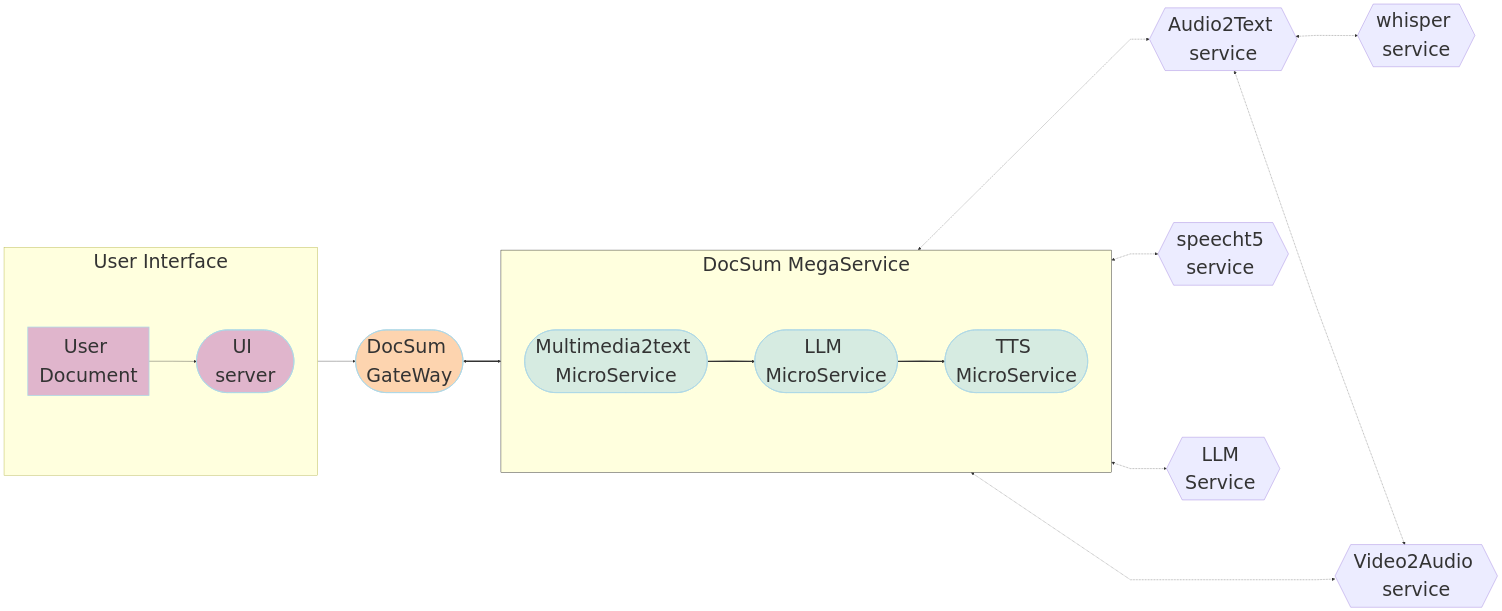
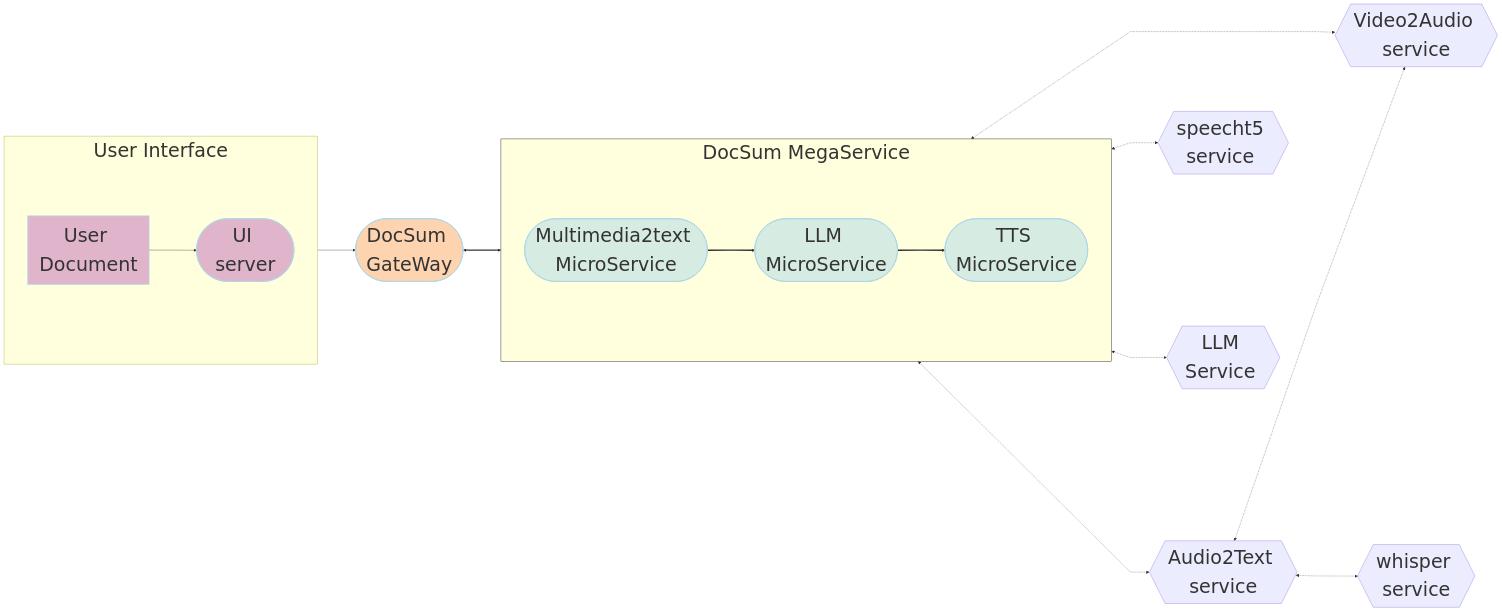
Before and after one commit to opea-project/GenAIExamples: the second of 2 diagrams in DocSum/README.md, drawn with Mermaid. The commit also changed other lines of this file, not shown here.

````diff
--- a/DocSum/README.md
+++ b/DocSum/README.md
@@ -129,57 +129,57 @@
 ```mermaid
 ---
 config:
   flowchart:
     nodeSpacing: 400
     rankSpacing: 100
     curve: linear
   themeVariables:
     fontSize: 50px
 ---
 flowchart LR
     %% Colors %%
     classDef blue fill:#ADD8E6,stroke:#ADD8E6,stroke-width:2px,fill-opacity:0.5
     classDef orange fill:#FBAA60,stroke:#ADD8E6,stroke-width:2px,fill-opacity:0.5
     classDef orchid fill:#C26DBC,stroke:#ADD8E6,stroke-width:2px,fill-opacity:0.5
     classDef invisible fill:transparent,stroke:transparent;
     style DocSum-MegaService stroke:#000000
 
     %% Subgraphs %%
     subgraph DocSum-MegaService["DocSum MegaService "]
         direction LR
         ASR([Multimedia2text MicroService]):::blue
         LLM([LLM MicroService]):::blue
         TTS([TTS MicroService]):::blue
     end
     subgraph UserInterface[" User Interface "]
         direction LR
         a([User Input Query]):::orchid
         UI([UI server<br>]):::orchid
     end
 
 
     A2T_SRV{{Audio2Text service<br>}}
     V2A_SRV{{Video2Audio service<br>}}
     WSP_SRV{{whisper service<br>}}
     SPC_SRV{{speecht5 service <br>}}
     LLM_gen{{LLM Service <br>}}
     GW([DocSum GateWay<br>]):::orange
 
 
     %% Questions interaction
     direction LR
     a[User Document] --> UI
     UI --> GW
     GW <==> DocSum-MegaService
     ASR ==> LLM
     LLM ==> TTS
 
     %% Embedding service flow
     direction LR
+    ASR <-.-> V2A_SRV
     ASR <-.-> A2T_SRV <-.-> WSP_SRV
-    ASR <-.-> V2A_SRV
     A2T_SRV <-.-> V2A_SRV 
     LLM <-.-> LLM_gen
     TTS <-.-> SPC_SRV
 
 ```
````
